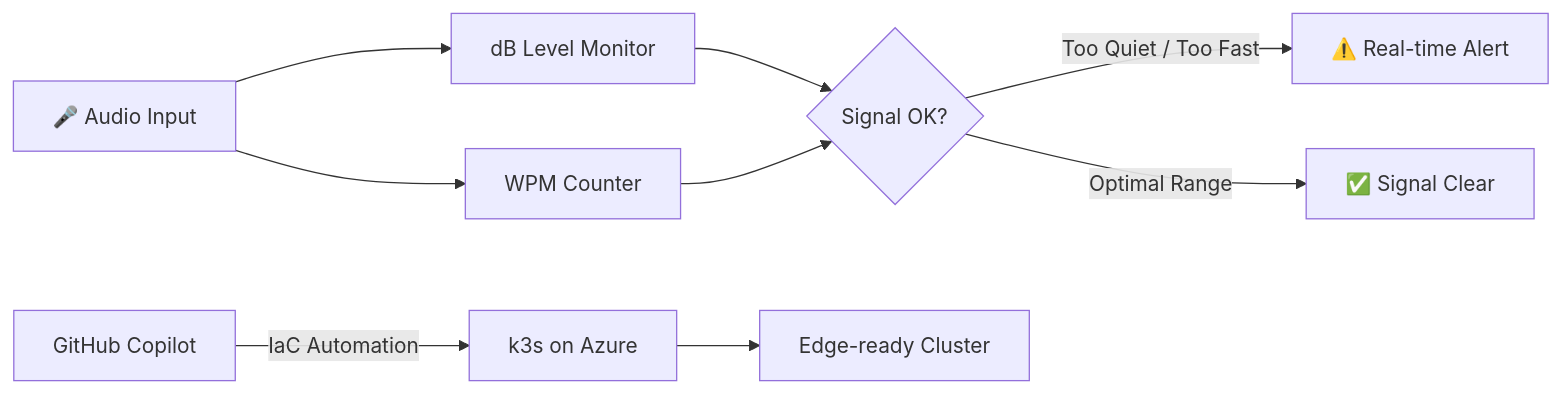
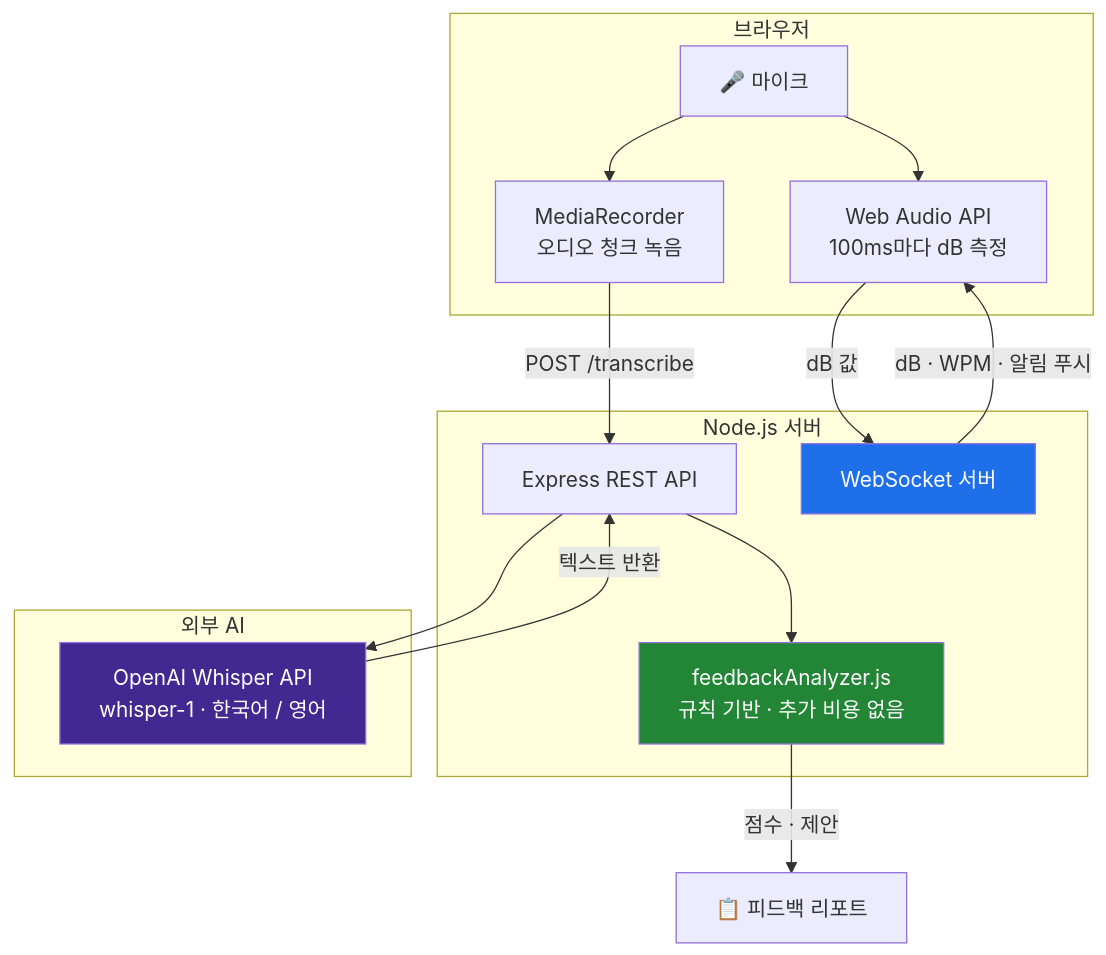
One commit to bookseal/copilot_for_interviews changed the fifth of 6 diagrams in README.md. Above: the diagram before and after it, drawn with Mermaid. The commit also changed other lines of this file and 3 other files, not shown here.

````diff
--- a/README.md
+++ b/README.md
@@ -84,11 +505,29 @@
 ```mermaid
-flowchart LR
-    A[🎤 Audio Input] --> B[dB Level Monitor]
-    A --> C[WPM Counter]
-    B --> D{Signal OK?}
-    C --> D
-    D -->|Too Quiet / Too Fast| E[⚠️ Real-time Alert]
-    D -->|Optimal Range| F[✅ Signal Clear]
-    G[GitHub Copilot] -->|IaC Automation| H[k3s on Azure]
-    H --> I[Edge-ready Cluster]
+graph TD
+    subgraph "브라우저"
+        A[🎤 마이크] --> B[Web Audio API\n100ms마다 dB 측정]
+        A --> C[MediaRecorder\n오디오 청크 녹음]
+    end
+
+    subgraph "Node.js 서버"
+        D[Express REST API]
+        E[WebSocket 서버]
+        F[feedbackAnalyzer.js\n규칙 기반 · 추가 비용 없음]
+    end
+
+    subgraph "외부 AI"
+        G[OpenAI Whisper API\nwhisper-1 · 한국어 / 영어]
+    end
+
+    B -->|dB 값| E
+    C -->|POST /transcribe| D
+    D --> G
+    G -->|텍스트 반환| D
+    D --> F
+    E -->|dB · WPM · 알림 푸시| B
+    F -->|점수 · 제안| H[📋 피드백 리포트]
+
+    style G fill:#412991,color:#fff
+    style F fill:#238636,color:#fff
+    style E fill:#1f6feb,color:#fff
 ```
````
